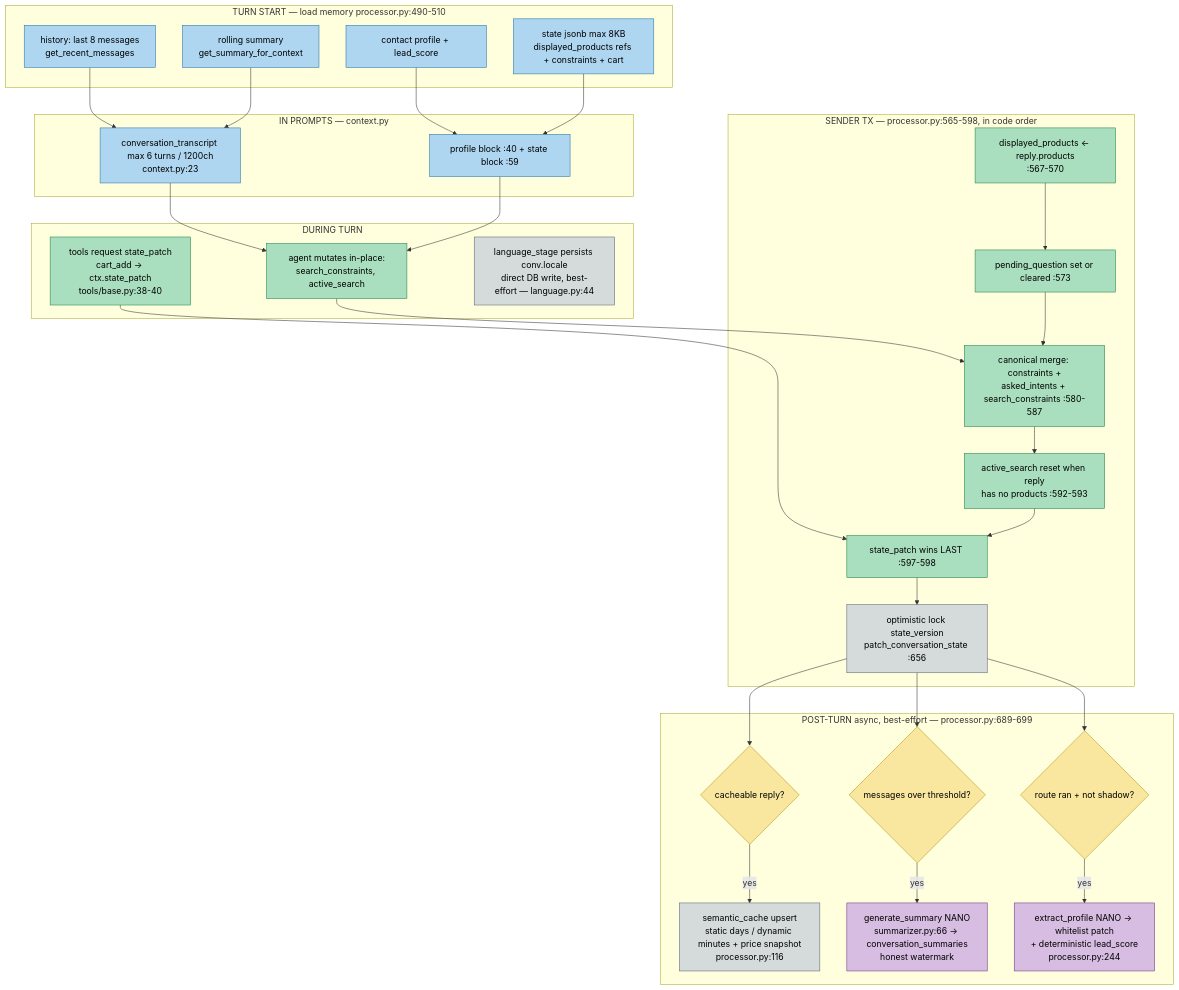
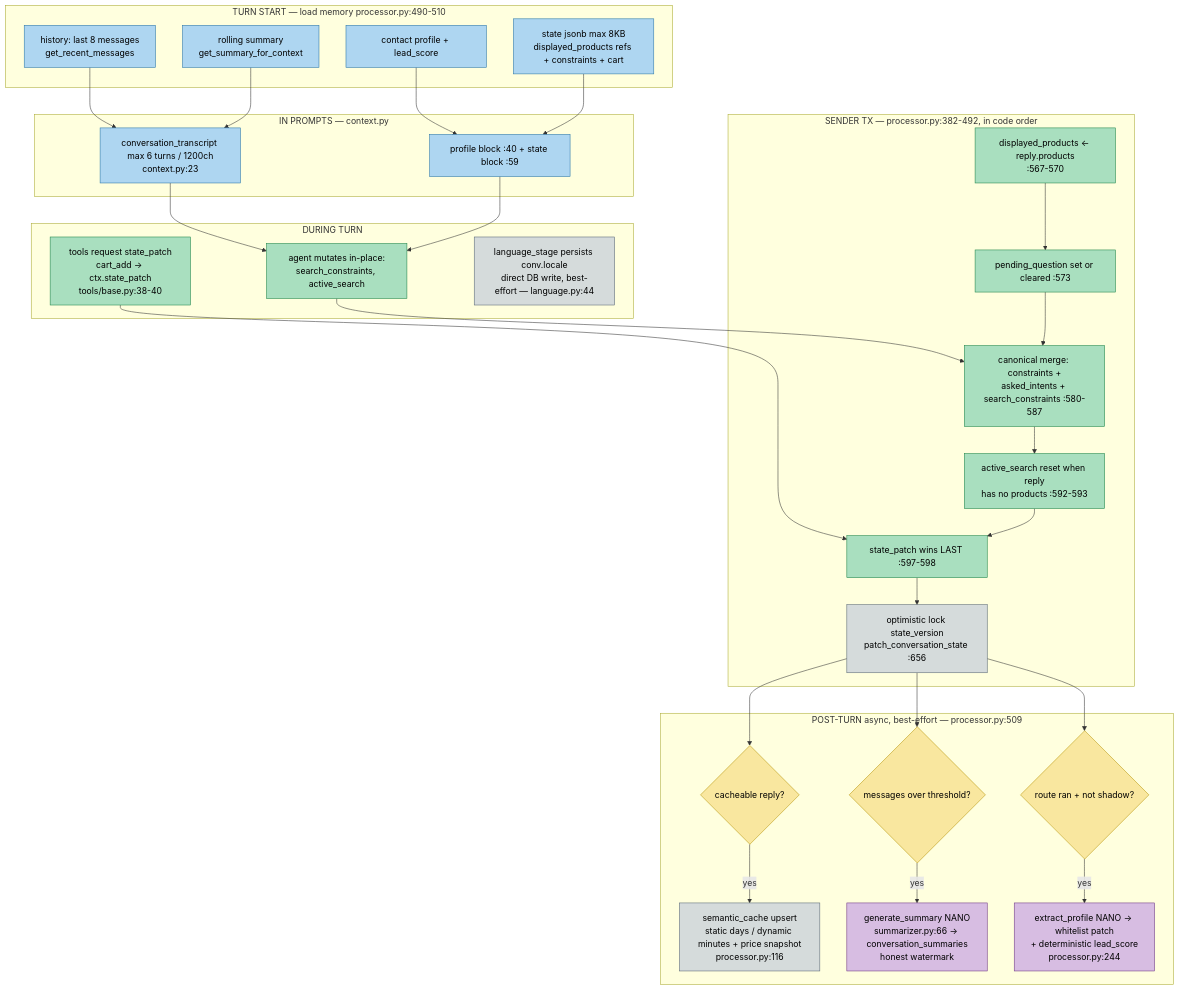
One commit to AdiBoaru/Sales-Ass changed the eighth of 12 diagrams in docs/ARCHITECTURE-WORKFLOWS.md. Above: the diagram before and after it, drawn with Mermaid. The commit also changed other lines of this file and 1 other file, not shown here.

````diff
--- a/docs/ARCHITECTURE-WORKFLOWS.md
+++ b/docs/ARCHITECTURE-WORKFLOWS.md
@@ -764,60 +764,60 @@
 ```mermaid
 flowchart TD
   classDef read fill:#aed6f1,stroke:#2874a6,color:#000
   classDef write fill:#a9dfbf,stroke:#1e8449,color:#000
   classDef llm fill:#d7bde2,stroke:#6c3483,color:#000
   classDef db fill:#d5dbdb,stroke:#566573,color:#000
   classDef dec fill:#f9e79f,stroke:#b7950b,color:#000
 
   subgraph Load["TURN START — load memory processor.py:490-510"]
     H["history: last 8 messages<br/>get_recent_messages"]:::read
     ST["state jsonb max 8KB<br/>displayed_products refs + constraints + cart"]:::read
     SUM["rolling summary<br/>get_summary_for_context"]:::read
     PROF["contact profile + lead_score"]:::read
   end
 
   subgraph Use["IN PROMPTS — context.py"]
     TRANS["conversation_transcript max 6 turns / 1200ch<br/>context.py:23"]:::read
     BLOCKS["profile block :40 + state block :59"]:::read
   end
 
   subgraph Mutate["DURING TURN"]
     AG["agent mutates in-place:<br/>search_constraints, active_search"]:::write
     TP["tools request state_patch<br/>cart_add → ctx.state_patch<br/>tools/base.py:38-40"]:::write
     LNG["language_stage persists conv.locale<br/>direct DB write, best-effort — language.py:44"]:::db
   end
 
-  subgraph Persist["SENDER TX — processor.py:565-598, in code order"]
+  subgraph Persist["SENDER TX — processor.py:382-492, in code order"]
     DP["displayed_products ← reply.products<br/>:567-570"]:::write
     PQ["pending_question set or cleared :573"]:::write
     MERGE["canonical merge: constraints +<br/>asked_intents + search_constraints :580-587"]:::write
     ASR["active_search reset when reply<br/>has no products :592-593"]:::write
     PATCH["state_patch wins LAST :597-598"]:::write
     OPT["optimistic lock state_version<br/>patch_conversation_state :656"]:::db
   end
 
-  subgraph PostTurn["POST-TURN async, best-effort — processor.py:689-699"]
+  subgraph PostTurn["POST-TURN async, best-effort — processor.py:509"]
     CW{"cacheable reply?"}:::dec
     CWB["semantic_cache upsert<br/>static days / dynamic minutes + price snapshot<br/>processor.py:116"]:::db
     SQ{"messages over threshold?"}:::dec
     SUMGEN["generate_summary NANO<br/>summarizer.py:66 → conversation_summaries<br/>honest watermark"]:::llm
     PE{"route ran + not shadow?"}:::dec
     PEX["extract_profile NANO → whitelist patch<br/>+ deterministic lead_score<br/>processor.py:244"]:::llm
   end
 
   H --> TRANS
   PROF --> BLOCKS
   ST --> BLOCKS
   SUM --> TRANS
   TRANS --> AG
   BLOCKS --> AG
   AG --> MERGE
   TP --> PATCH
   DP --> PQ --> MERGE --> ASR --> PATCH --> OPT
   OPT --> CW
   CW -- yes --> CWB
   OPT --> SQ
   SQ -- yes --> SUMGEN
   OPT --> PE
   PE -- yes --> PEX
 ```
````
